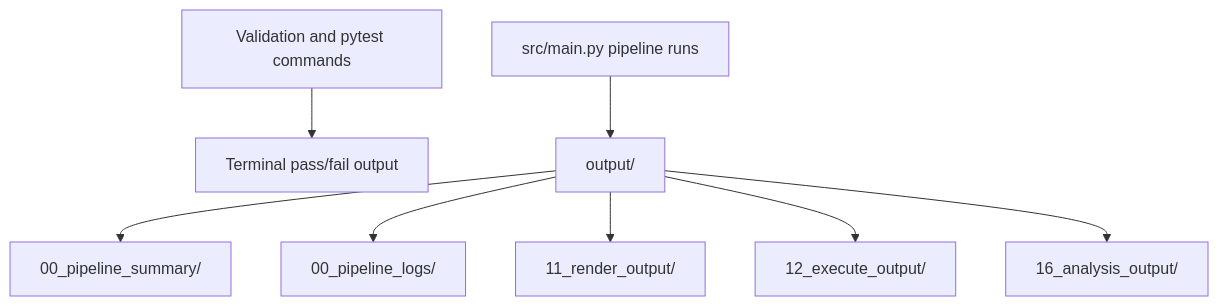
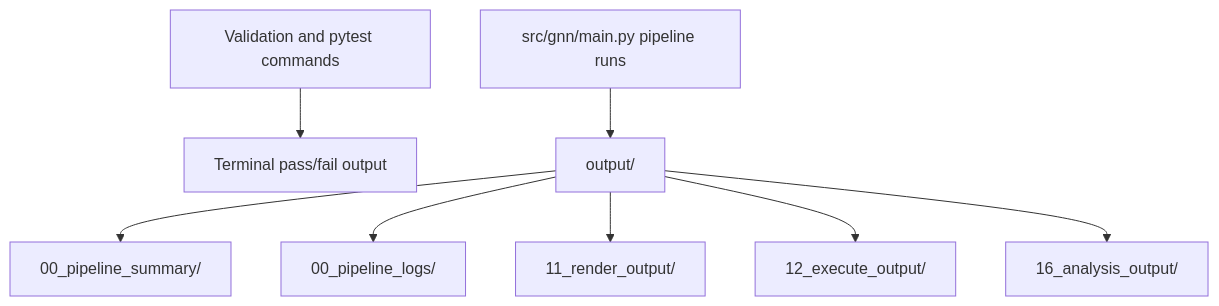
One commit to ActiveInferenceInstitute/GeneralizedNotationNotation changed the second of 2 diagrams in doc/pipeline/validation_evidence_guide.md. Above: the diagram before and after it, drawn with Mermaid. The commit also changed other lines of this file and 4976 other files, not shown here.

First line of the commit message:
refactor: rename src package to gnn (v0.5 bridge layout), unify API surface, close Lean seam

````diff
--- a/doc/pipeline/validation_evidence_guide.md
+++ b/doc/pipeline/validation_evidence_guide.md
@@ -36,10 +36,10 @@
 ```mermaid
 flowchart TD
     CLI["Validation and pytest commands"] --> Terminal["Terminal pass/fail output"]
-    Pipeline["src/main.py pipeline runs"] --> Output["output/"]
+    Pipeline["src/gnn/main.py pipeline runs"] --> Output["output/"]
     Output --> Summary["00_pipeline_summary/"]
     Output --> Logs["00_pipeline_logs/"]
     Output --> Rendered["11_render_output/"]
     Output --> Executed["12_execute_output/"]
     Output --> Analyzed["16_analysis_output/"]
 ```
````
